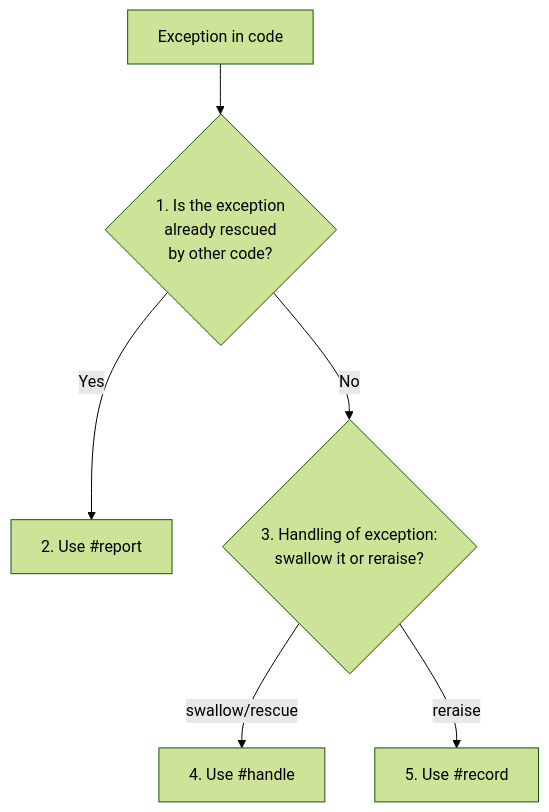
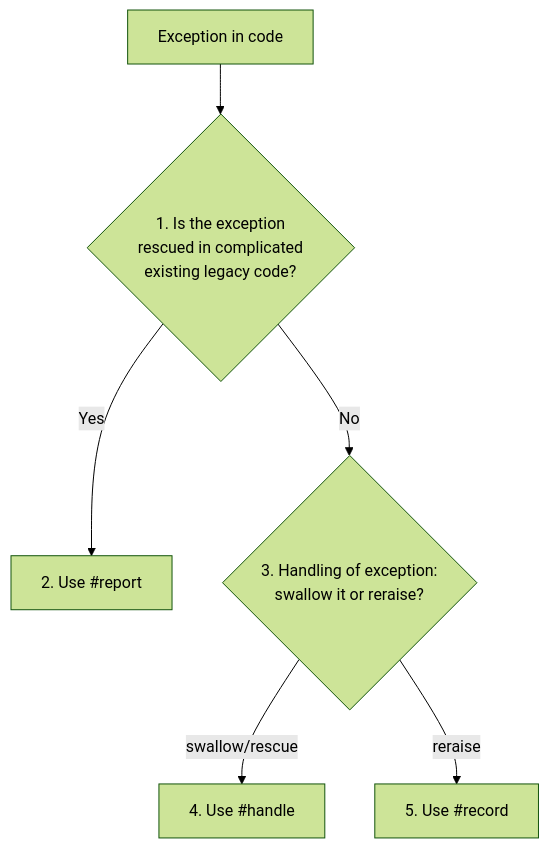
Before and after one commit to BiggerPockets/patterns: the diagram in _patterns/prefer-rescuing-using-active-support-error-handler.md, drawn with Mermaid (forest theme). The commit also changed other lines of this file, not shown here.

````diff
--- a/_patterns/prefer-rescuing-using-active-support-error-handler.md
+++ b/_patterns/prefer-rescuing-using-active-support-error-handler.md
@@ -80,8 +80,8 @@
 ```mermaid
 graph TD
-    A[Exception in code] --> C{1. Is the exception</br>already rescued</br>by other code?}
+    A[Exception in code] --> C{1. Is the exception</br>rescued in complicated</br>existing legacy code?}
     C -->|Yes| C1[2. Use #report]
     C -->|No| D{3. Handling of exception:</br>swallow it or reraise?}
     D -->|swallow/rescue| E[4. Use #handle]
     D -->|reraise| F[5. Use #record]
 ```
````
